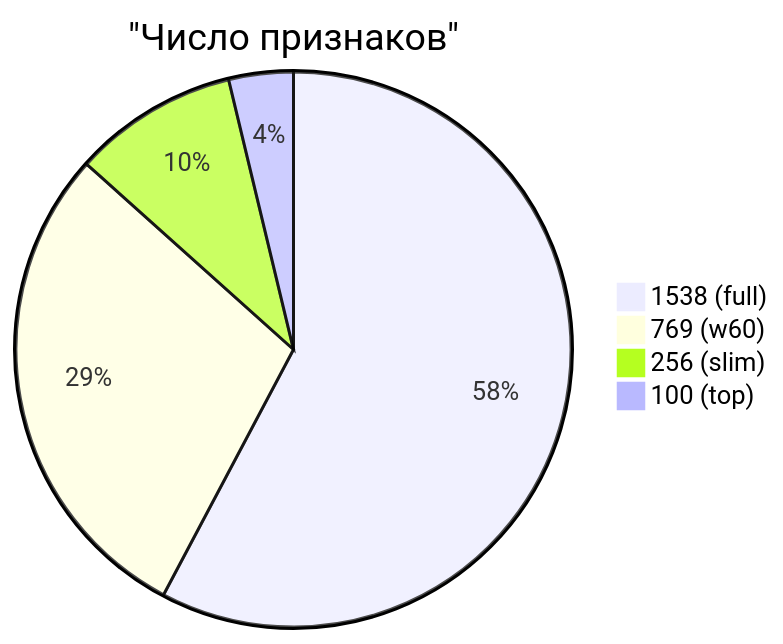
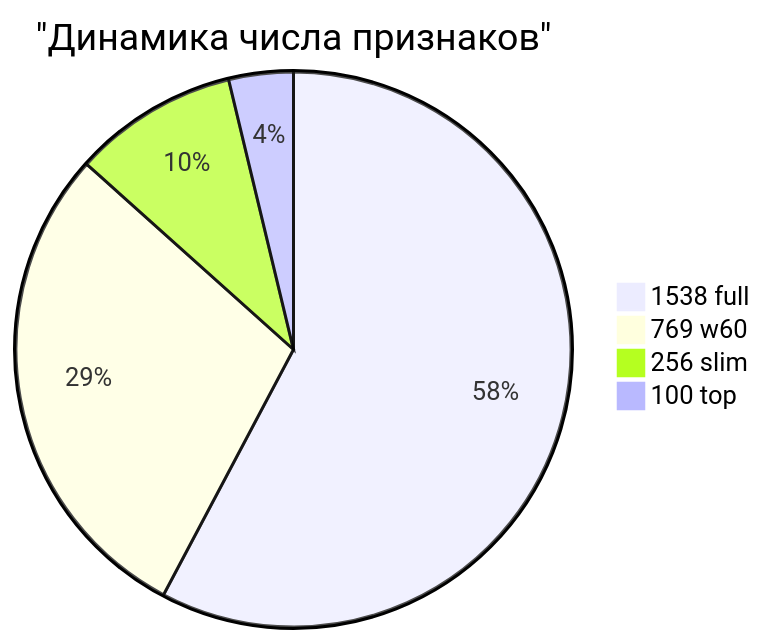
The sixth of 7 diagrams in experiments/soda-ml-nir_targetB_v6/README.md (Misha-42/soda-ml-carbonation-control), drawn with Mermaid before and after one commit. The commit also changed other lines of this file, not shown here.

````diff
--- a/experiments/soda-ml-nir_targetB_v6/README.md
+++ b/experiments/soda-ml-nir_targetB_v6/README.md
@@ -82,7 +142,8 @@
 ```mermaid
-    pie title "Число признаков"
-        "1538 (full)" : 1538
-        "769 (w60)"   : 769
-        "256 (slim)"  : 256
-        "100 (top)"   : 100
+pie
+    title "Динамика числа признаков"
+    "1538 full" : 1538
+    "769 w60" : 769
+    "256 slim" : 256
+    "100 top" : 100
 ```
````
